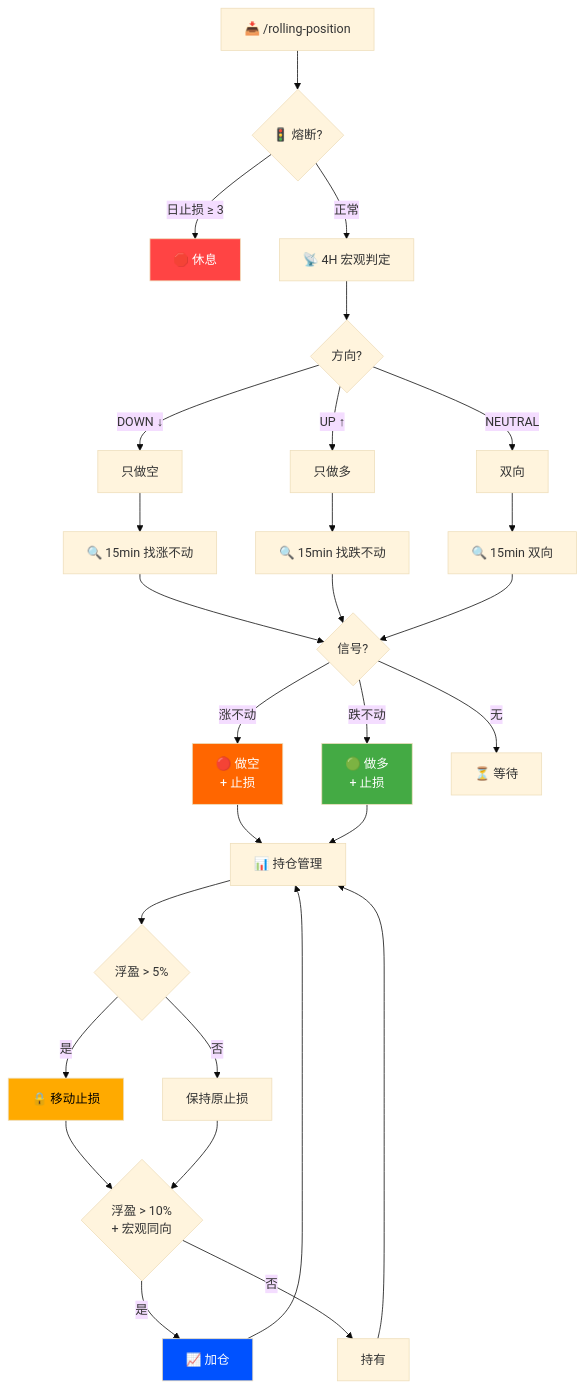
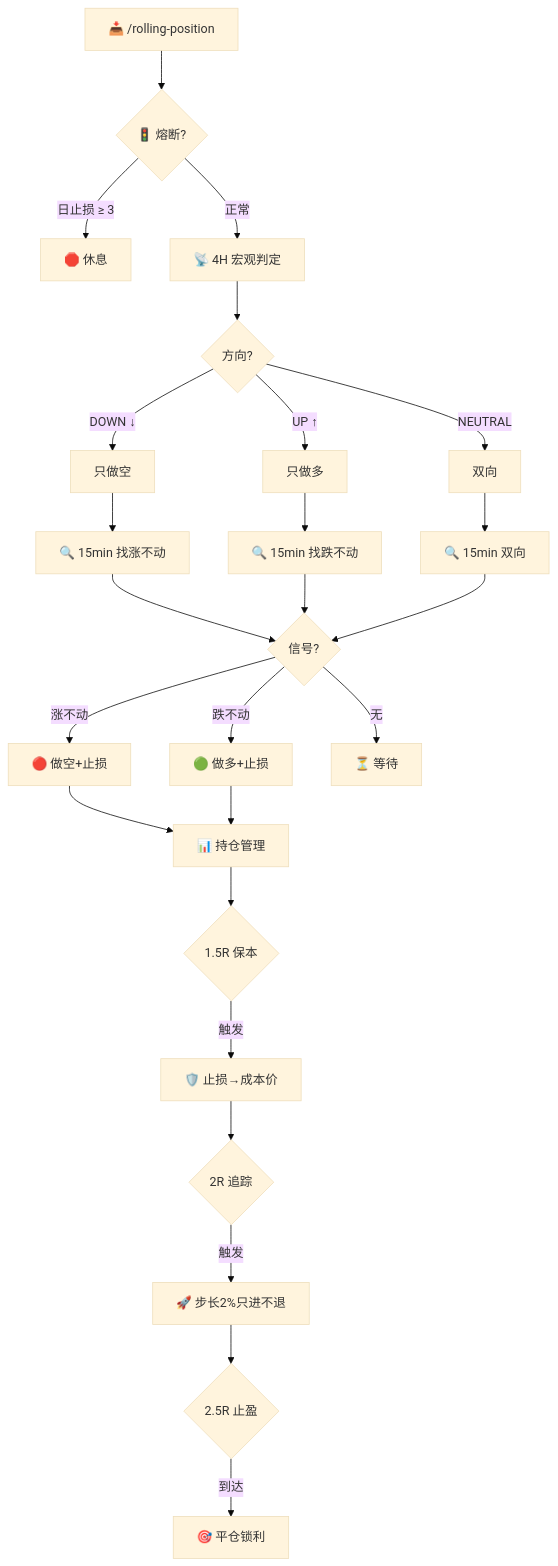
One commit to kime2026/rolling-position-mgbx changed the diagram in README.md. Above: the diagram before and after it, drawn with Mermaid (base theme). The commit also changed other lines of this file, not shown here.

````diff
--- a/README.md
+++ b/README.md
@@ -54,42 +83,27 @@
 ```mermaid
 flowchart TD
     A["📥 /rolling-position"] --> B{"🚦 熔断?"}
     B -->|"日止损 ≥ 3"| Z["🛑 休息"]
     B -->|"正常"| C["📡 4H 宏观判定"]
-
     C --> D{"方向?"}
     D -->|"DOWN ↓"| E["只做空"]
     D -->|"UP ↑"| F["只做多"]
     D -->|"NEUTRAL"| G["双向"]
-
     E --> H["🔍 15min 找涨不动"]
     F --> I["🔍 15min 找跌不动"]
     G --> J["🔍 15min 双向"]
-
     H --> K{"信号?"}
     I --> K
     J --> K
-
-    K -->|"涨不动"| L["🔴 做空<br/>+ 止损"]
-    K -->|"跌不动"| M["🟢 做多<br/>+ 止损"]
+    K -->|"涨不动"| L["🔴 做空+止损"]
+    K -->|"跌不动"| M["🟢 做多+止损"]
     K -->|"无"| N["⏳ 等待"]
-
     L --> O["📊 持仓管理"]
     M --> O
-
-    O --> P{"浮盈 > 5%"}
-    P -->|"是"| Q["🔒 移动止损"]
-    P -->|"否"| R["保持原止损"]
-    Q --> S{"浮盈 > 10%<br/>+ 宏观同向"}
-    R --> S
-    S -->|"是"| T["📈 加仓"]
-    S -->|"否"| U["持有"]
-    T --> O
-    U --> O
-
-    style Z fill:#ff4444,color:#fff
-    style L fill:#ff6600,color:#fff
-    style M fill:#44aa44,color:#fff
-    style T fill:#0052FF,color:#fff
-    style Q fill:#ffaa00,color:#000
+    O --> P{"1.5R 保本"}
+    P -->|"触发"| Q["🛡️ 止损→成本价"]
+    Q --> R{"2R 追踪"}
+    R -->|"触发"| S["🚀 步长2%只进不退"]
+    S --> T{"2.5R 止盈"}
+    T -->|"到达"| U["🎯 平仓锁利"]
 ```
````
